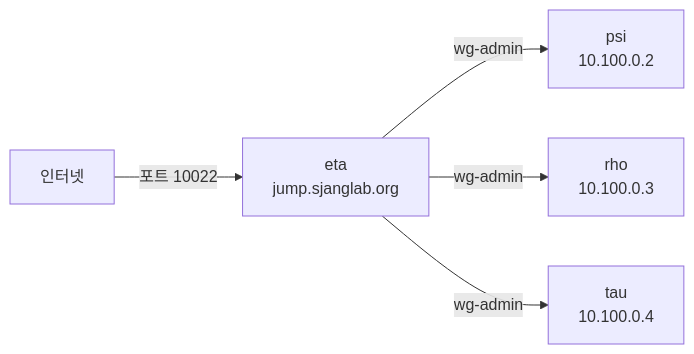
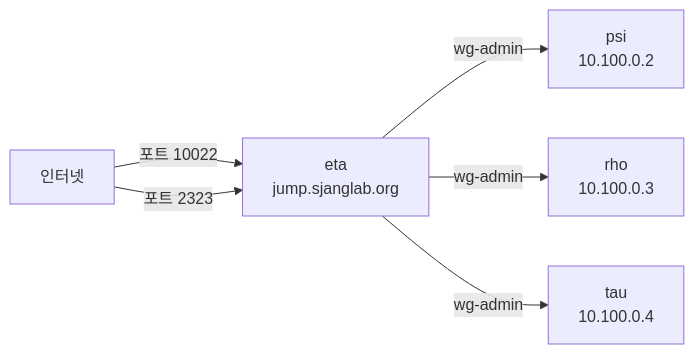
Before and after one commit to SBEE-Lab/infra: the first of 3 diagrams in docs/admin/security.md, drawn with Mermaid. The commit also changed other lines of this file and 18 other files, not shown here.

````diff
--- a/docs/admin/security.md
+++ b/docs/admin/security.md
@@ -23,7 +23,8 @@
 ```mermaid
 flowchart LR
   inet["인터넷"] -- "포트 10022" --> eta["eta<br/>jump.sjanglab.org"]
+  inet -- "포트 2323" --> eta
   eta -- "wg-admin" --> psi["psi<br/>10.100.0.2"]
   eta -- "wg-admin" --> rho["rho<br/>10.100.0.3"]
   eta -- "wg-admin" --> tau["tau<br/>10.100.0.4"]
 ```
````
